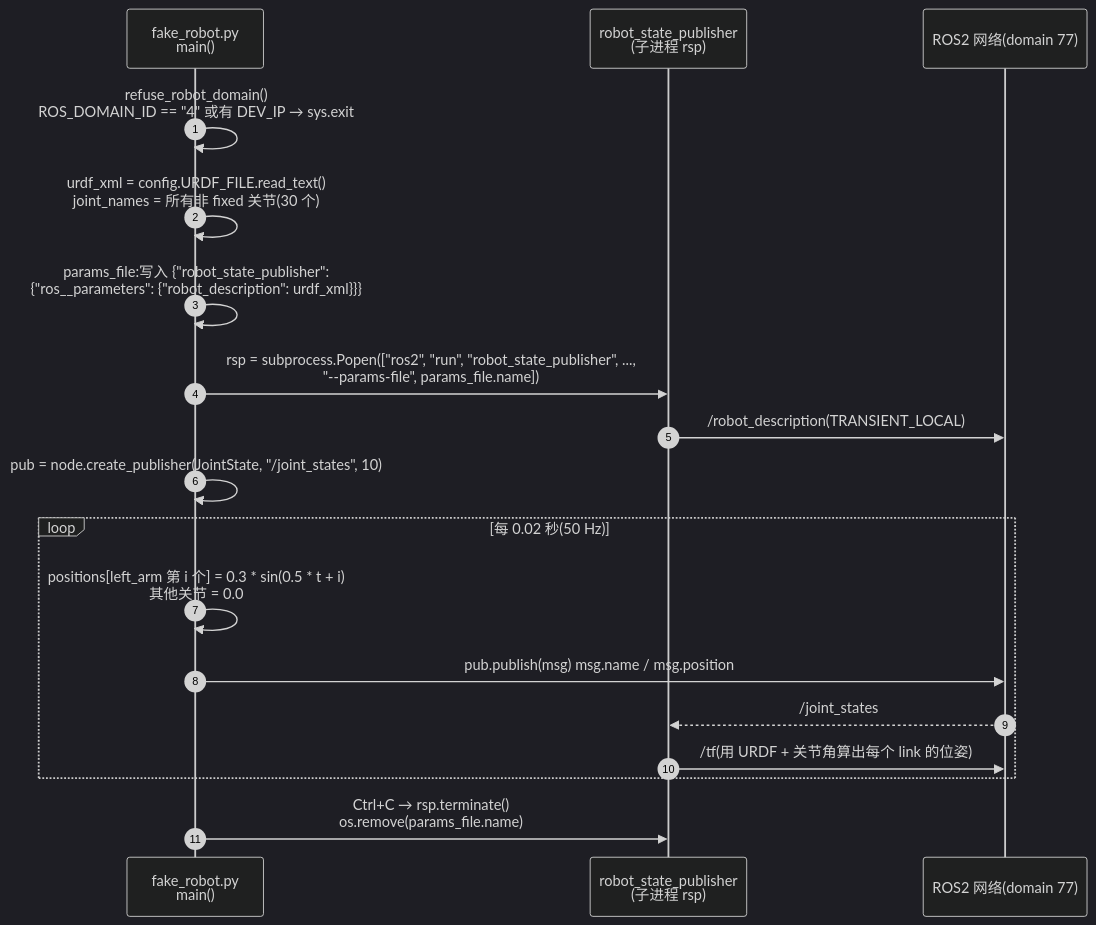
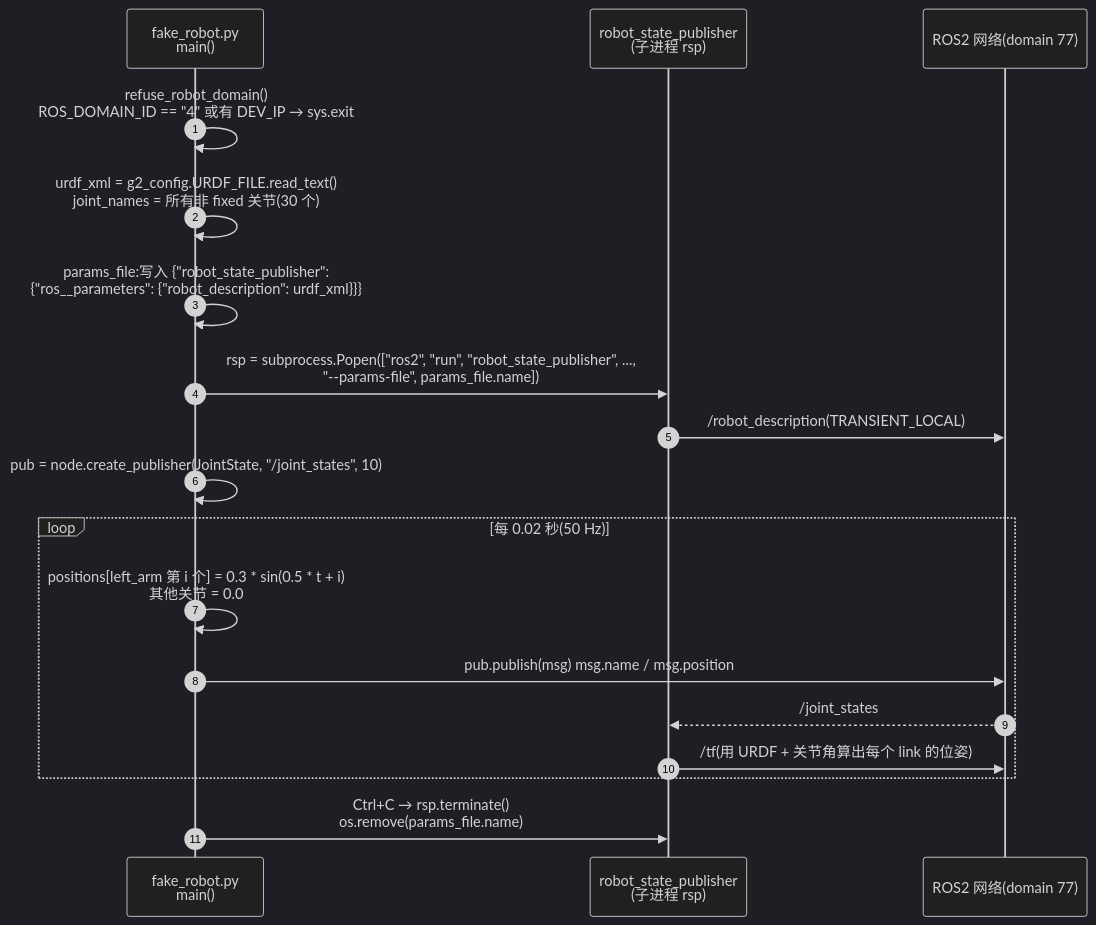
Before and after one commit to mikeJoy6/harness_genie_G2: the sixth of 6 diagrams in learning/stage2_ros/README.md, drawn with Mermaid (dark theme). The commit also changed other lines of this file and 78 other files, not shown here.

````diff
--- a/learning/stage2_ros/README.md
+++ b/learning/stage2_ros/README.md
@@ -192,21 +192,21 @@
 ```mermaid
 sequenceDiagram
     autonumber
     participant F as fake_robot.py<br/>main()
     participant RSP as robot_state_publisher<br/>(子进程 rsp)
     participant N as ROS2 网络(domain 77)
 
     F->>F: refuse_robot_domain()<br/>ROS_DOMAIN_ID == "4" 或有 DEV_IP → sys.exit
-    F->>F: urdf_xml = config.URDF_FILE.read_text()<br/>joint_names = 所有非 fixed 关节(30 个)
+    F->>F: urdf_xml = g2_config.URDF_FILE.read_text()<br/>joint_names = 所有非 fixed 关节(30 个)
     F->>F: params_file:写入 {"robot_state_publisher":<br/>{"ros__parameters": {"robot_description": urdf_xml}}}
     F->>RSP: rsp = subprocess.Popen(["ros2", "run", "robot_state_publisher", ...,<br/>"--params-file", params_file.name])
     RSP->>N: /robot_description(TRANSIENT_LOCAL)
     F->>F: pub = node.create_publisher(JointState, "/joint_states", 10)
     loop 每 0.02 秒(50 Hz)
         F->>F: positions[left_arm 第 i 个] = 0.3 * sin(0.5 * t + i)<br/>其他关节 = 0.0
         F->>N: pub.publish(msg)  msg.name / msg.position
         N-->>RSP: /joint_states
         RSP->>N: /tf(用 URDF + 关节角算出每个 link 的位姿)
     end
     F->>RSP: Ctrl+C → rsp.terminate()<br/>os.remove(params_file.name)
 ```
````
